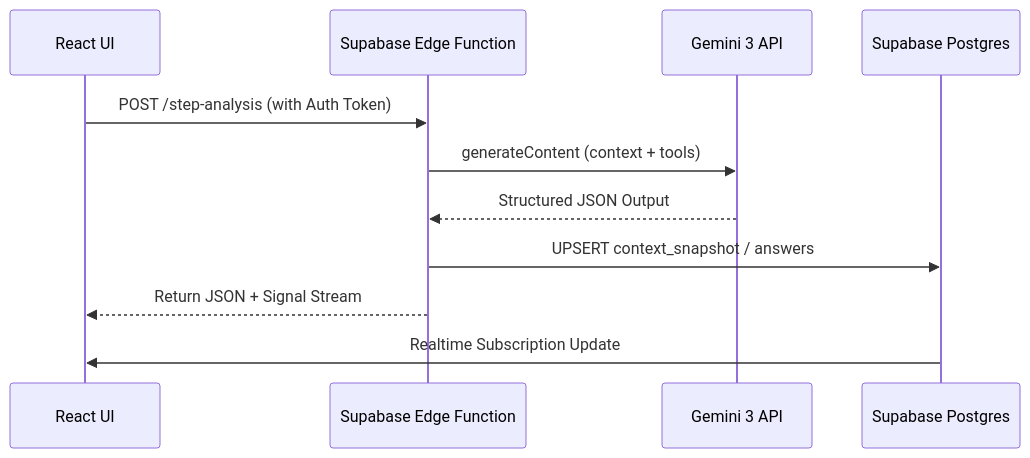
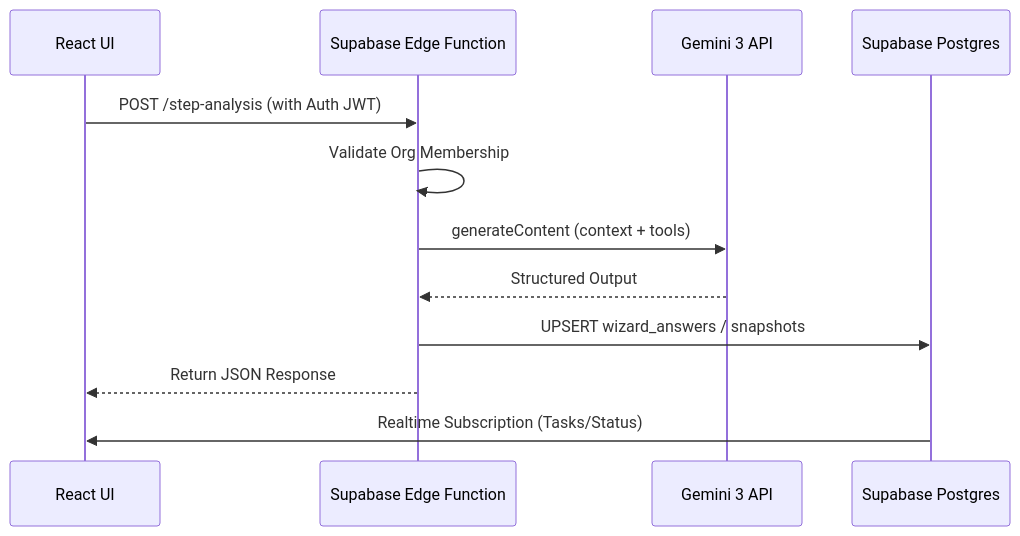
One commit to amo-tech-ai/sunaiv16 changed the first of 3 diagrams in docs/09-frontend-wiring-plan.md. Above: the diagram before and after it, drawn with Mermaid. The commit also changed other lines of this file and 11 other files, not shown here.

````diff
--- a/docs/09-frontend-wiring-plan.md
+++ b/docs/09-frontend-wiring-plan.md
@@ -49,14 +49,15 @@
 ```mermaid
 sequenceDiagram
     participant UI as React UI
     participant Edge as Supabase Edge Function
     participant G3 as Gemini 3 API
     participant DB as Supabase Postgres
 
-    UI->>Edge: POST /step-analysis (with Auth Token)
+    UI->>Edge: POST /step-analysis (with Auth JWT)
+    Edge->>Edge: Validate Org Membership
     Edge->>G3: generateContent (context + tools)
-    G3-->>Edge: Structured JSON Output
-    Edge->>DB: UPSERT context_snapshot / answers
-    Edge-->>UI: Return JSON + Signal Stream
-    DB->>UI: Realtime Subscription Update
+    G3-->>Edge: Structured Output
+    Edge->>DB: UPSERT wizard_answers / snapshots
+    Edge-->>UI: Return JSON Response
+    DB->>UI: Realtime Subscription (Tasks/Status)
 ```
````
